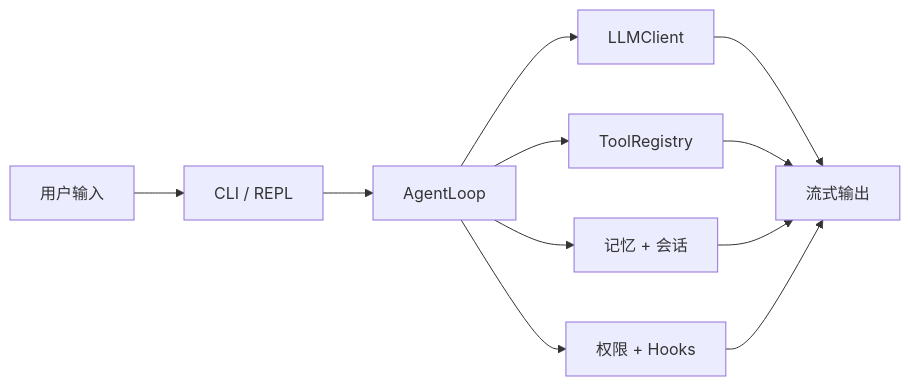
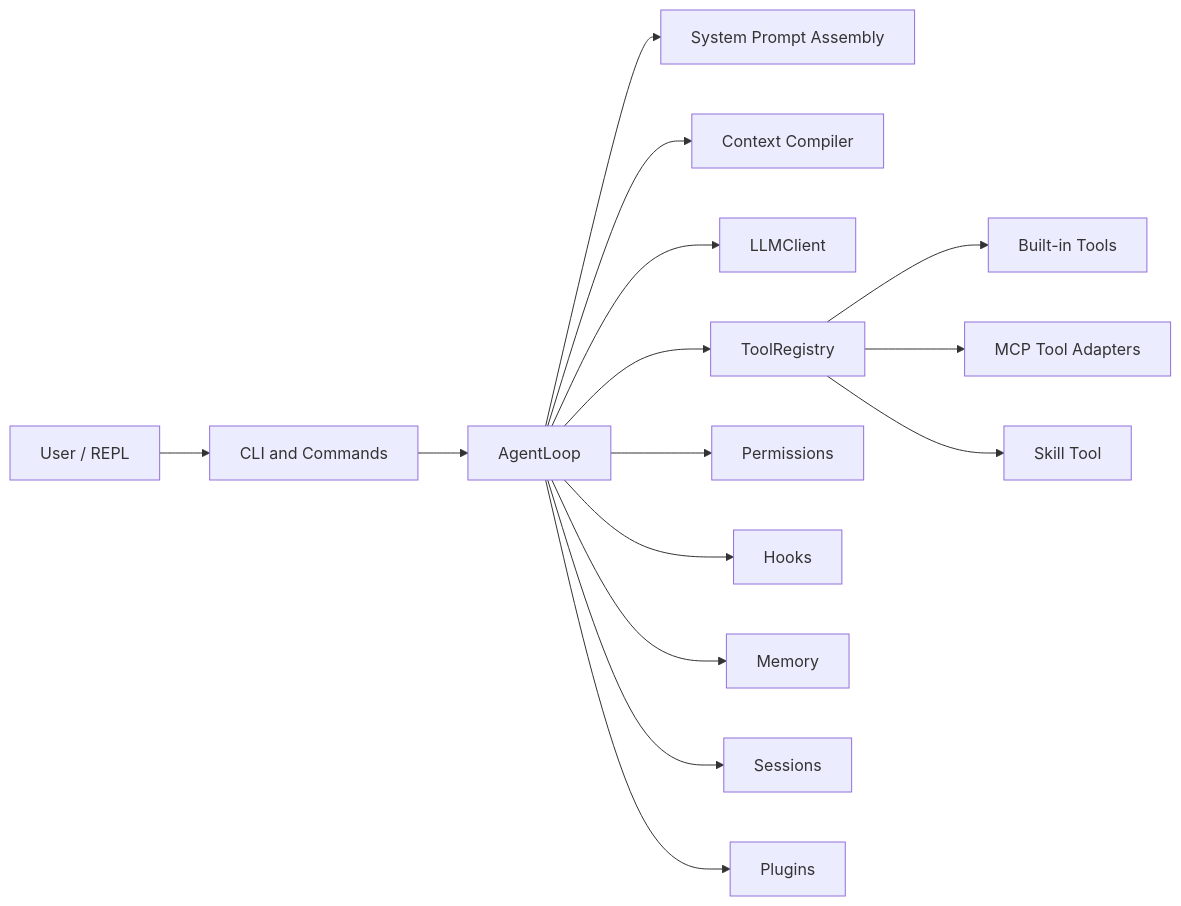
The diagram in README.zh-CN.md (Qianxia-k/miniharness), drawn with Mermaid before and after one commit. The commit also changed other lines of this file and 26 other files, not shown here.

````diff
--- a/README.zh-CN.md
+++ b/README.zh-CN.md
@@ -19,13 +45,17 @@
 ```mermaid
 flowchart LR
-    U[用户输入] --> C[CLI / REPL]
-    C --> L[AgentLoop]
-    L --> P[LLMClient]
-    L --> T[ToolRegistry]
-    L --> M[记忆 + 会话]
-    L --> H[权限 + Hooks]
-    P --> O[流式输出]
-    T --> O
-    M --> O
-    H --> O
+    U[User / REPL] --> CLI[CLI and Commands]
+    CLI --> L[AgentLoop]
+    L --> SP[System Prompt Assembly]
+    L --> C[Context Compiler]
+    L --> LLM[LLMClient]
+    L --> TR[ToolRegistry]
+    TR --> BT[Built-in Tools]
+    TR --> MCP[MCP Tool Adapters]
+    TR --> SK[Skill Tool]
+    L --> PERM[Permissions]
+    L --> HOOK[Hooks]
+    L --> MEM[Memory]
+    L --> SESS[Sessions]
+    L --> PLUG[Plugins]
 ```
````
